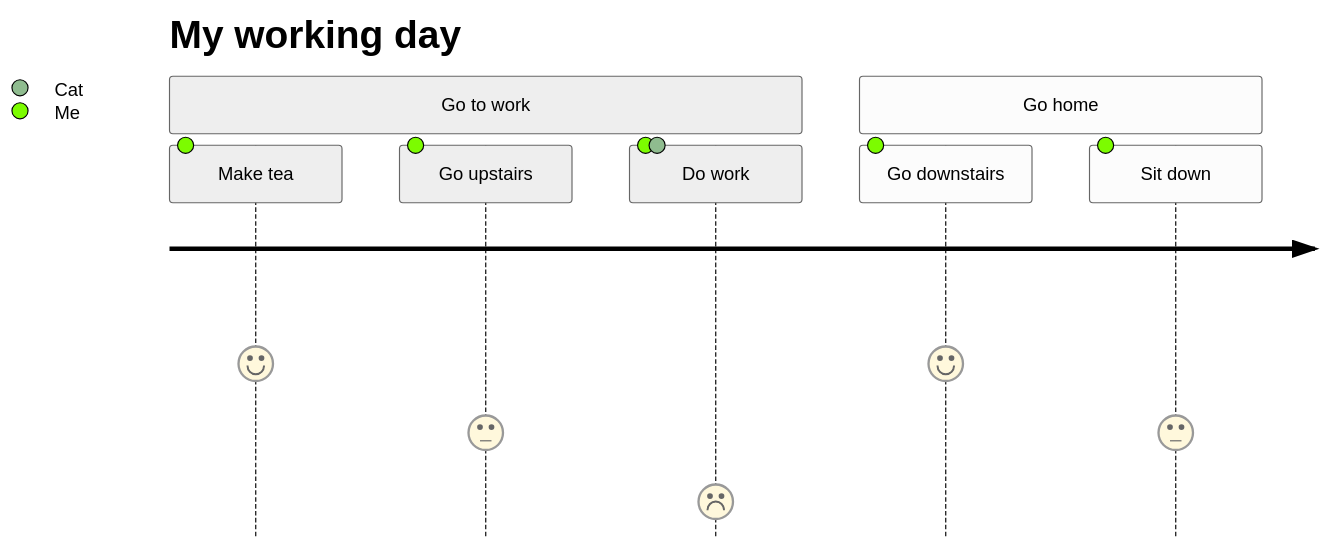
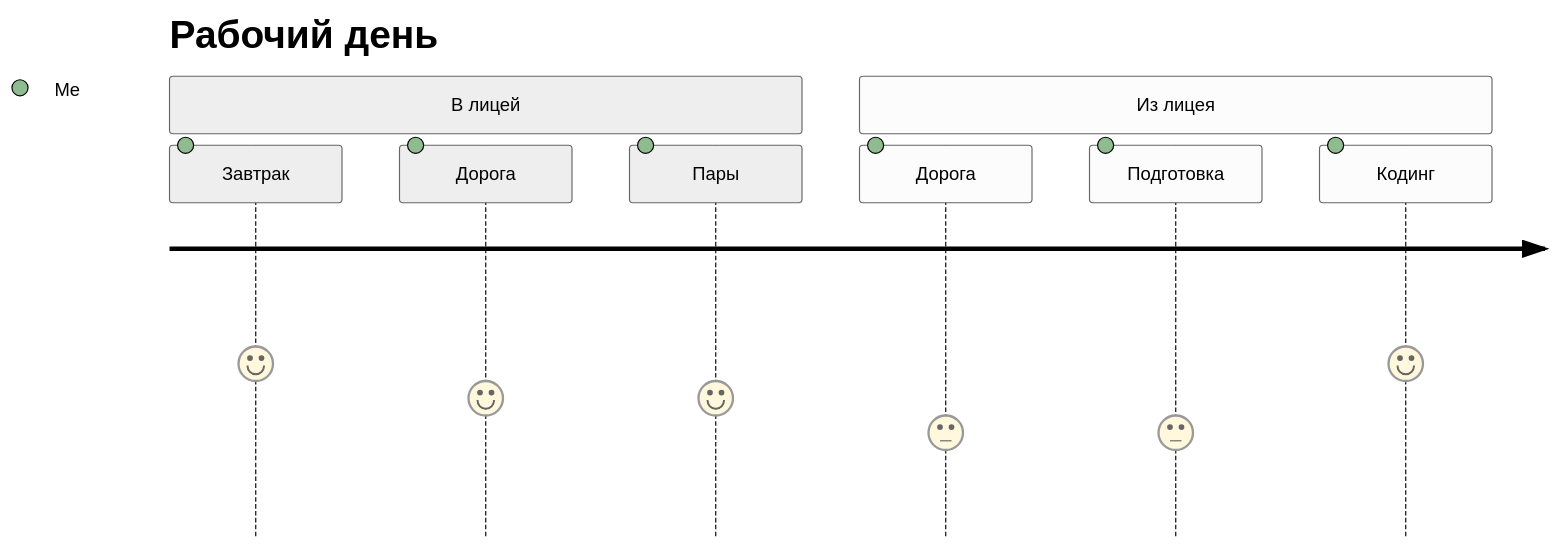
One commit to lictpu/help changed the second of 2 diagrams in README.md. Above: the diagram before and after it, drawn with Mermaid (neutral theme).

````diff
--- a/README.md
+++ b/README.md
@@ -32,11 +32,12 @@
 ```mermaid
 journey
-    title My working day
-    section Go to work
-      Make tea: 5: Me
-      Go upstairs: 3: Me
-      Do work: 1: Me, Cat
-    section Go home
-      Go downstairs: 5: Me
-      Sit down: 3: Me
+    title Рабочий день
+    section В лицей
+      Завтрак: 5: Me
+      Дорога: 4: Me
+      Пары: 4: Me
+    section Из лицея
+      Дорога: 3: Me
+      Подготовка: 3: Me
+      Кодинг: 5: Me
 ```
````
